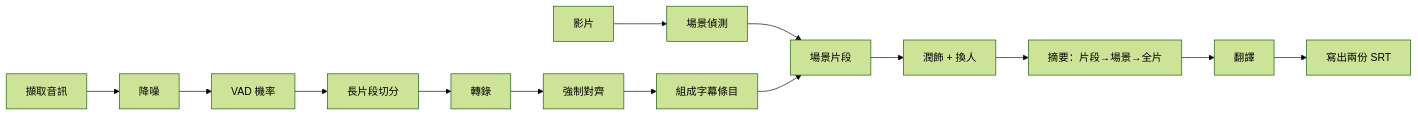
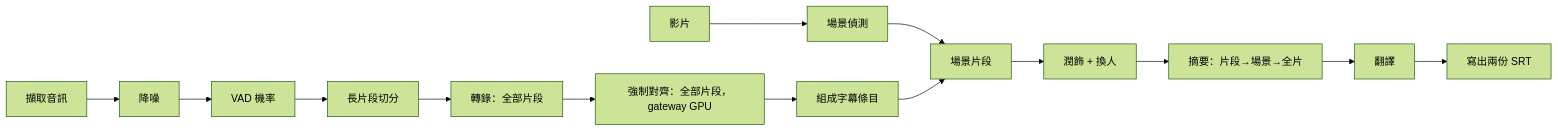
Before and after one commit to lanyitin/runline: the first of 2 diagrams in docs/stable/transcribe-scenes/README.md, drawn with Mermaid (forest theme). The commit also changed other lines of this file and 9 other files, not shown here.

First line of the commit message:
docs(transcribe-scenes): forced alignment runs on the GPU of the Lemonade host inside llm-gateway, reached through the Engine resource as an audio transcription model (ADR-056, WI-1462)

````diff
--- a/docs/stable/transcribe-scenes/README.md
+++ b/docs/stable/transcribe-scenes/README.md
@@ -24,8 +25,8 @@
 ```mermaid
 flowchart LR
   A[擷取音訊] --> B[降噪] --> C[VAD 機率] --> D[長片段切分]
-  D --> E[轉錄] --> F[強制對齊] --> G[組成字幕條目]
+  D --> E[轉錄：全部片段] --> F[強制對齊：全部片段，gateway GPU] --> G[組成字幕條目]
   V[影片] --> S[場景偵測] --> T[場景片段]
   G --> T
   T --> P[潤飾 + 換人] --> M[摘要：片段→場景→全片] --> X[翻譯] --> O[寫出兩份 SRT]
 ```
````
